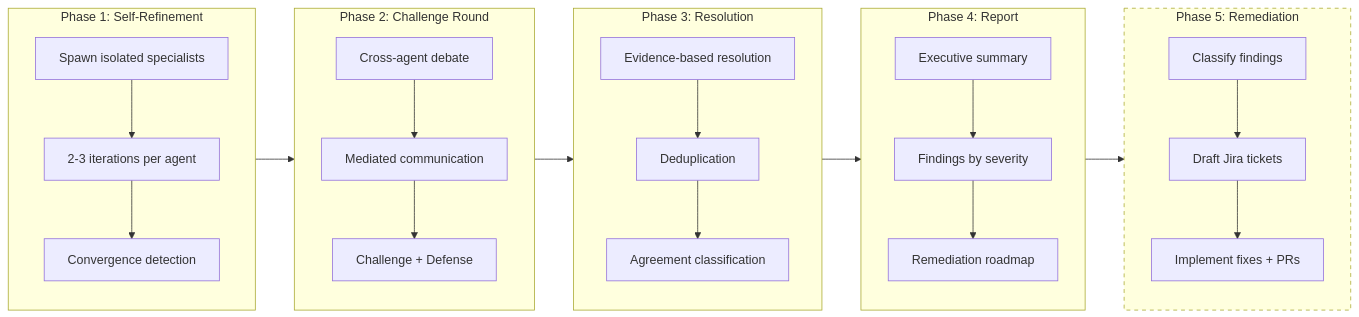
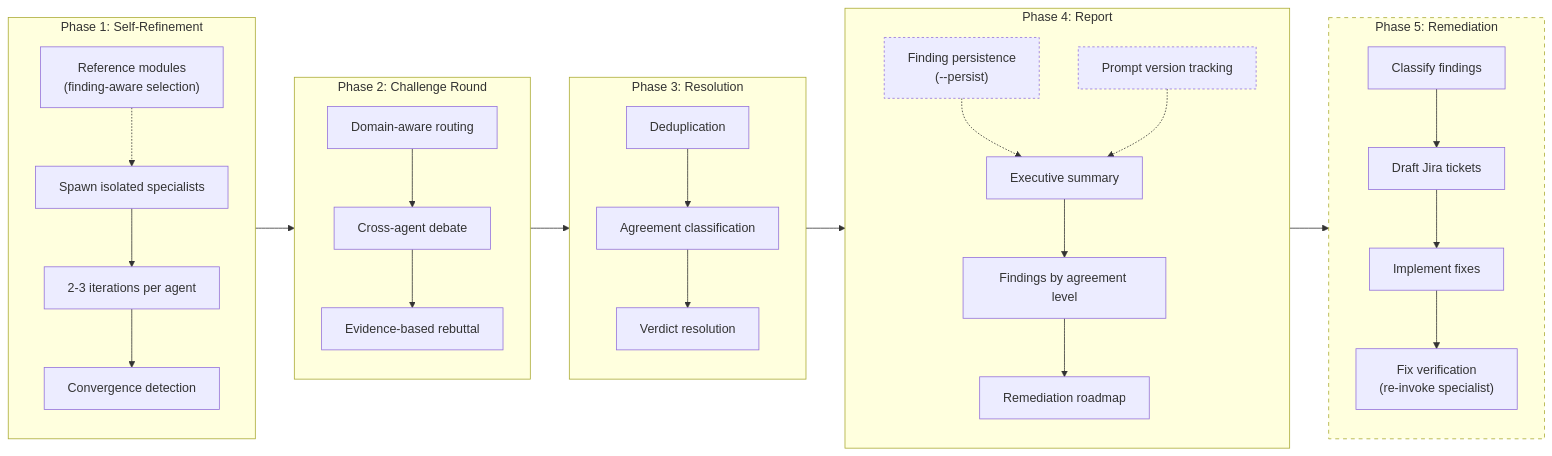
The first of 2 diagrams in site/docs/index.md (ugiordan/adversarial-reviewing), drawn with Mermaid before and after one commit. The commit also changed other lines of this file and 22 other files, not shown here.

````diff
--- a/site/docs/index.md
+++ b/site/docs/index.md
@@ -28,46 +28,55 @@
 ```mermaid
 flowchart LR
     subgraph Phase1["Phase 1: Self-Refinement"]
         direction TB
         A1["Spawn isolated specialists"]
         A2["2-3 iterations per agent"]
         A3["Convergence detection"]
+        A4["Reference modules\n(finding-aware selection)"]
         A1 --> A2 --> A3
+        A4 -.-> A1
     end
 
     subgraph Phase2["Phase 2: Challenge Round"]
         direction TB
-        B1["Cross-agent debate"]
-        B2["Mediated communication"]
-        B3["Challenge + Defense"]
+        B1["Domain-aware routing"]
+        B2["Cross-agent debate"]
+        B3["Evidence-based rebuttal"]
         B1 --> B2 --> B3
     end
 
     subgraph Phase3["Phase 3: Resolution"]
         direction TB
-        C1["Evidence-based resolution"]
-        C2["Deduplication"]
-        C3["Agreement classification"]
+        C1["Deduplication"]
+        C2["Agreement classification"]
+        C3["Verdict resolution"]
         C1 --> C2 --> C3
     end
 
     subgraph Phase4["Phase 4: Report"]
         direction TB
         D1["Executive summary"]
-        D2["Findings by severity"]
+        D2["Findings by agreement level"]
         D3["Remediation roadmap"]
+        D4["Finding persistence\n(--persist)"]
+        D5["Prompt version tracking"]
         D1 --> D2 --> D3
+        D4 -.-> D1
+        D5 -.-> D1
     end
 
     subgraph Phase5["Phase 5: Remediation"]
         direction TB
         E1["Classify findings"]
         E2["Draft Jira tickets"]
-        E3["Implement fixes + PRs"]
-        E1 --> E2 --> E3
+        E3["Implement fixes"]
+        E4["Fix verification\n(re-invoke specialist)"]
+        E1 --> E2 --> E3 --> E4
     end
 
     Phase1 --> Phase2 --> Phase3 --> Phase4 --> Phase5
 
     style Phase5 stroke-dasharray: 5 5
+    style D4 stroke-dasharray: 3 3
+    style D5 stroke-dasharray: 3 3
 ```
````
